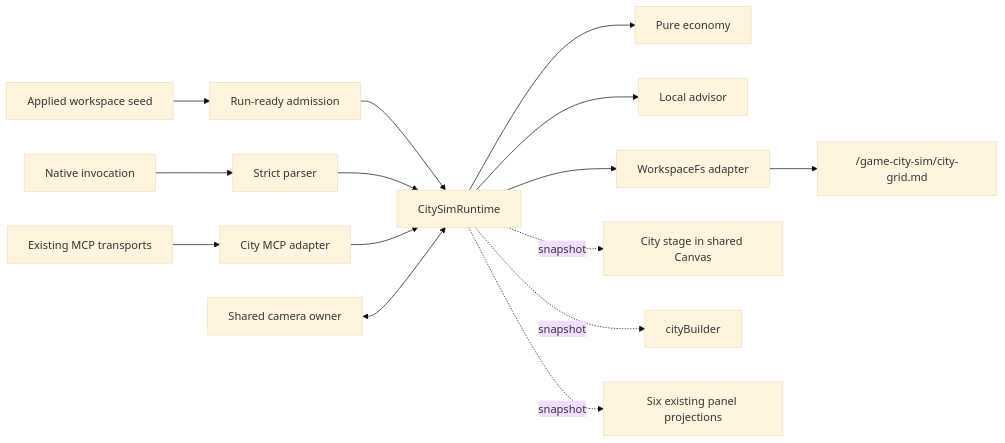
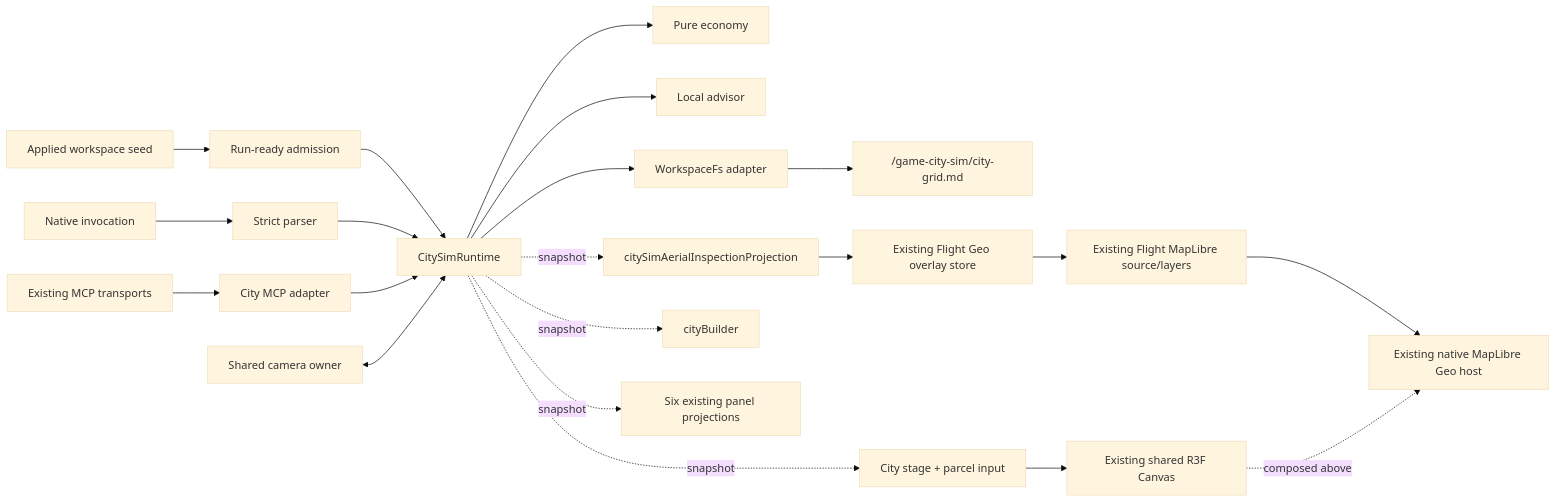
Before and after one commit to huijoohwee/agentic-graph: the first of 2 diagrams in .kiro/specs/knowgrph-city-building-sim/design.md, drawn with Mermaid (base theme). The commit also changed other lines of this file and 27 other files, not shown here.

Commit message:
fix(city-sim): compose Geo+XR aerial overlay

````diff
--- a/.kiro/specs/knowgrph-city-building-sim/design.md
+++ b/.kiro/specs/knowgrph-city-building-sim/design.md
@@ -37,17 +46,23 @@
 ```mermaid
 flowchart LR
   Source["Applied workspace seed"] --> Admission["Run-ready admission"]
   Invocation["Native invocation"] --> Parser["Strict parser"]
   MCP["Existing MCP transports"] --> Adapter["City MCP adapter"]
   Admission --> Runtime["CitySimRuntime"]
   Parser --> Runtime
   Adapter --> Runtime
   Runtime --> Tick["Pure economy"]
   Runtime --> Advisor["Local advisor"]
   Runtime --> Persistence["WorkspaceFs adapter"]
   Persistence --> Document["/game-city-sim/city-grid.md"]
-  Runtime -. snapshot .-> Stage["City stage in shared Canvas"]
+  Runtime -. snapshot .-> Stage["City stage + parcel input"]
+  Stage --> Canvas["Existing shared R3F Canvas"]
+  Runtime -. snapshot .-> Aerial["citySimAerialInspectionProjection"]
+  Aerial --> FlightStore["Existing Flight Geo overlay store"]
+  FlightStore --> FlightLayers["Existing Flight MapLibre source/layers"]
+  FlightLayers --> Geo["Existing native MapLibre Geo host"]
+  Canvas -. "composed above" .-> Geo
   Runtime -. snapshot .-> Builder["cityBuilder"]
   Runtime -. snapshot .-> Projections["Six existing panel projections"]
   Camera["Shared camera owner"] <--> Runtime
 ```
````
